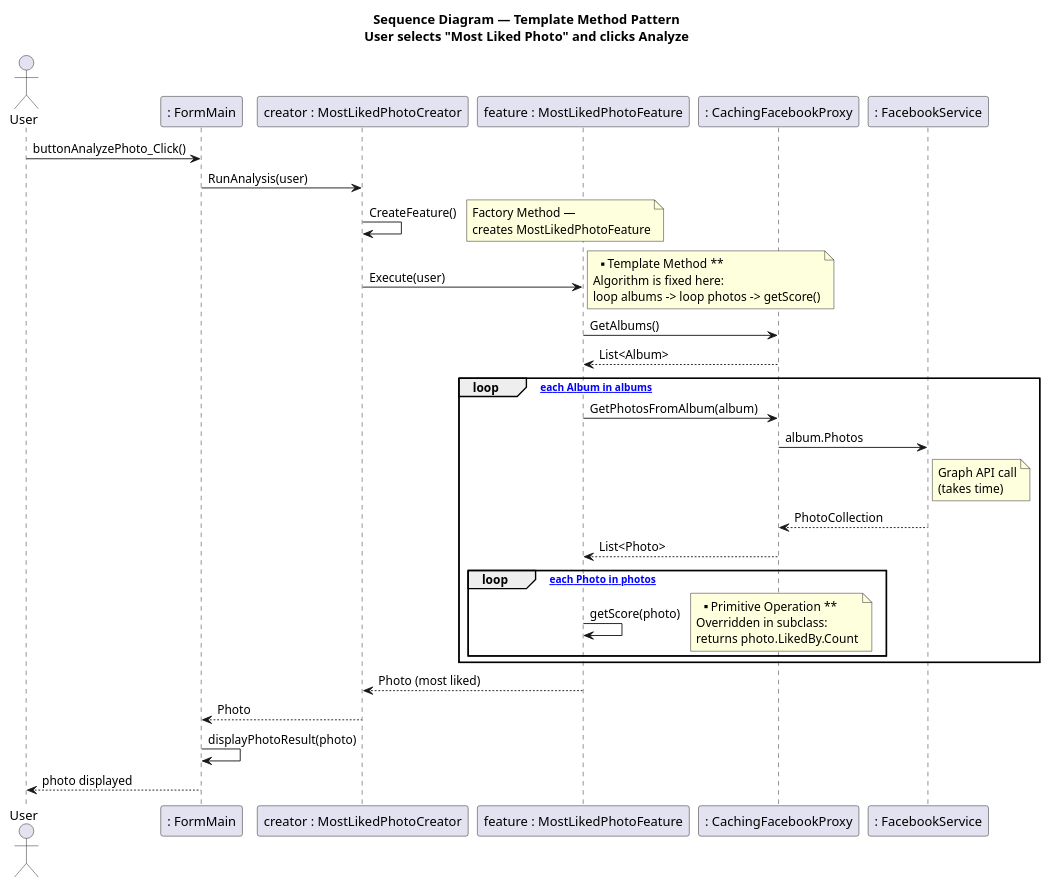
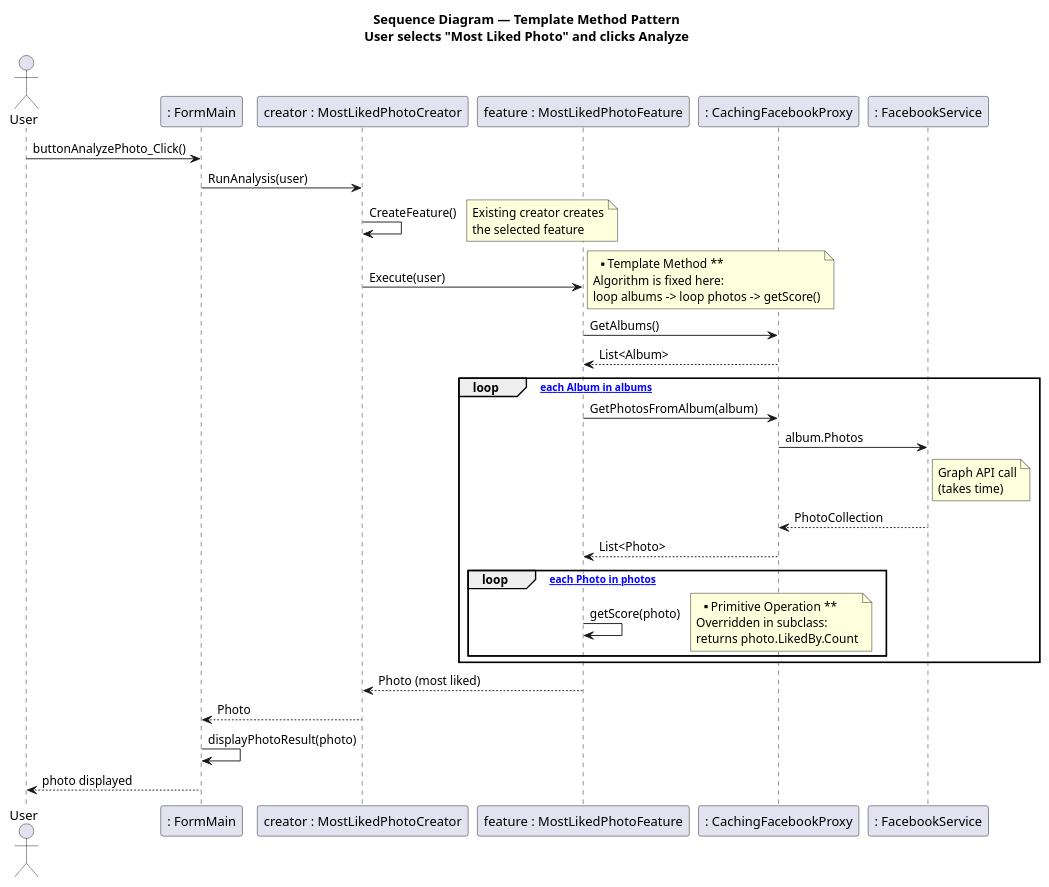
Before and after one commit to LotemKimchi/Application-Programming-Using-Design-Patterns: the diagram in Project3/B26 Ex03 LotemKimchi 318173481 ShaniSalomon 208573683 NEW/uml/TemplateMethod_SequenceDiagram.puml, drawn with PlantUML. The commit also changed 3 other files, not shown here.

First line of the commit message:
Fix UML diagrams per review feedback

```diff
--- a/Project3/B26 Ex03 LotemKimchi 318173481 ShaniSalomon 208573683 NEW/uml/TemplateMethod_SequenceDiagram.puml
+++ b/Project3/B26 Ex03 LotemKimchi 318173481 ShaniSalomon 208573683 NEW/uml/TemplateMethod_SequenceDiagram.puml
@@ -1,52 +1,52 @@
 @startuml
 title Sequence Diagram — Template Method Pattern\nUser selects "Most Liked Photo" and clicks Analyze
 
 actor User
 participant ": FormMain" as Form
 participant "creator : MostLikedPhotoCreator" as Creator
 participant "feature : MostLikedPhotoFeature" as Feature
 participant ": CachingFacebookProxy" as Proxy
 participant ": FacebookService" as FB
 
 User -> Form : buttonAnalyzePhoto_Click()
 Form -> Creator : RunAnalysis(user)
 
 Creator -> Creator : CreateFeature()
 note right
-  Factory Method —
-  creates MostLikedPhotoFeature
+  Existing creator creates
+  the selected feature
 end note
 
 Creator -> Feature : Execute(user)
 note right
   ** Template Method **
   Algorithm is fixed here:
   loop albums -> loop photos -> getScore()
 end note
 
 Feature -> Proxy : GetAlbums()
 Proxy --> Feature : List<Album>
 
 loop [for each Album in albums]
     Feature -> Proxy : GetPhotosFromAlbum(album)
     Proxy -> FB : album.Photos
     note right of FB : Graph API call\n(takes time)
     FB --> Proxy : PhotoCollection
     Proxy --> Feature : List<Photo>
 
     loop [for each Photo in photos]
         Feature -> Feature : getScore(photo)
         note right
           ** Primitive Operation **
           Overridden in subclass:
           returns photo.LikedBy.Count
         end note
     end
 end
 
 Feature --> Creator : Photo (most liked)
 Creator --> Form : Photo
 Form -> Form : displayPhotoResult(photo)
 Form --> User : photo displayed
 
 @enduml
```
